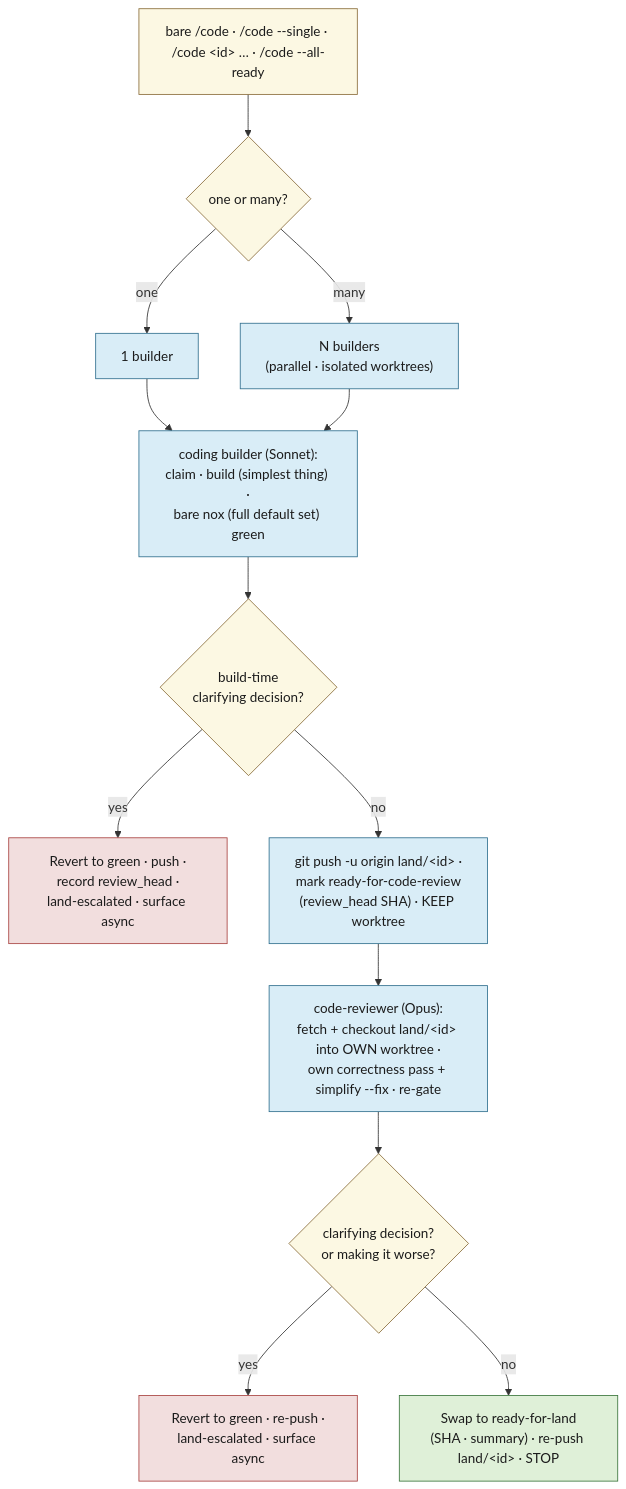
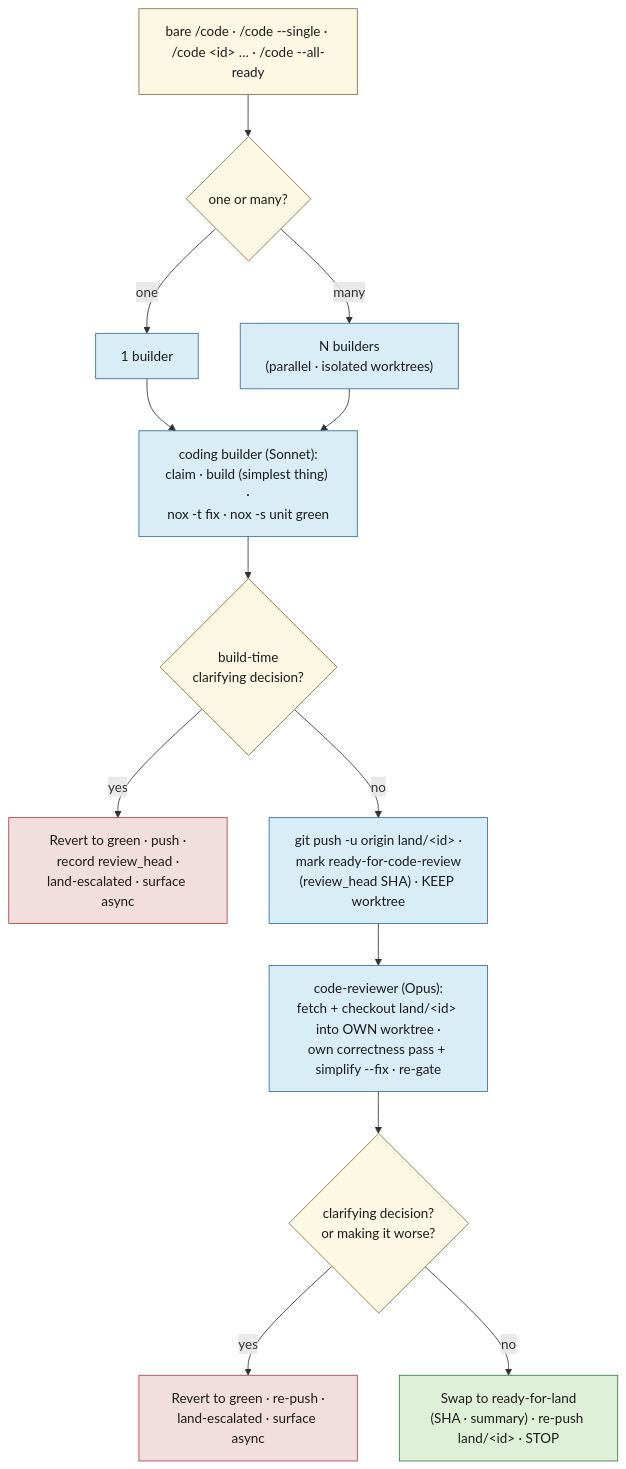
The third of 4 diagrams in docs/agents-workflow.md (bildzeitung/lode), drawn with Mermaid before and after one commit. The commit also changed other lines of this file and 7 other files, not shown here.

````diff
--- a/docs/agents-workflow.md
+++ b/docs/agents-workflow.md
@@ -2572,26 +2579,26 @@
 ```mermaid
 flowchart TD
     INV["bare /code · /code --single · /code &lt;id&gt; … · /code --all-ready"] --> N{"one or many?"}
     N -->|"one"| ONE["1 builder"]
     N -->|"many"| FAN["N builders<br>(parallel · isolated worktrees)"]
-    ONE --> BUILD["coding builder (Sonnet):<br>claim · build (simplest thing) ·<br>bare nox (full default set) green"]
+    ONE --> BUILD["coding builder (Sonnet):<br>claim · build (simplest thing) ·<br>nox -t fix · nox -s unit green"]
     FAN --> BUILD
     BUILD --> BESC{"build-time<br>clarifying decision?"}
     BESC -->|"yes"| BHOLD["Revert to green · push ·<br>record review_head ·<br>land-escalated · surface async"]
     BESC -->|"no"| PUSH["git push -u origin land/&lt;id&gt; ·<br>mark ready-for-code-review<br>(review_head SHA) · KEEP worktree"]
     PUSH --> REV["code-reviewer (Opus):<br>fetch + checkout land/&lt;id&gt; into OWN worktree ·<br>own correctness pass + simplify --fix · re-gate"]
     REV --> RESC{"clarifying decision?<br>or making it worse?"}
     RESC -->|"yes"| RHOLD["Revert to green · re-push ·<br>land-escalated · surface async"]
     RESC -->|"no"| MARK["Swap to ready-for-land<br>(SHA · summary) · re-push land/&lt;id&gt; · STOP"]
 
     classDef start fill:#fcf8e3,stroke:#8a6d3b,color:#1b1b1b;
     classDef work fill:#d9edf7,stroke:#31708f,color:#1b1b1b;
     classDef gate fill:#fcf8e3,stroke:#8a6d3b,color:#1b1b1b;
     classDef bad fill:#f2dede,stroke:#a94442,color:#1b1b1b;
     classDef good fill:#dff0d8,stroke:#3c763d,color:#1b1b1b;
     class INV,N start;
     class ONE,FAN,BUILD,PUSH,REV work;
     class BESC,RESC gate;
     class BHOLD,RHOLD bad;
     class MARK good;
 ```
````
